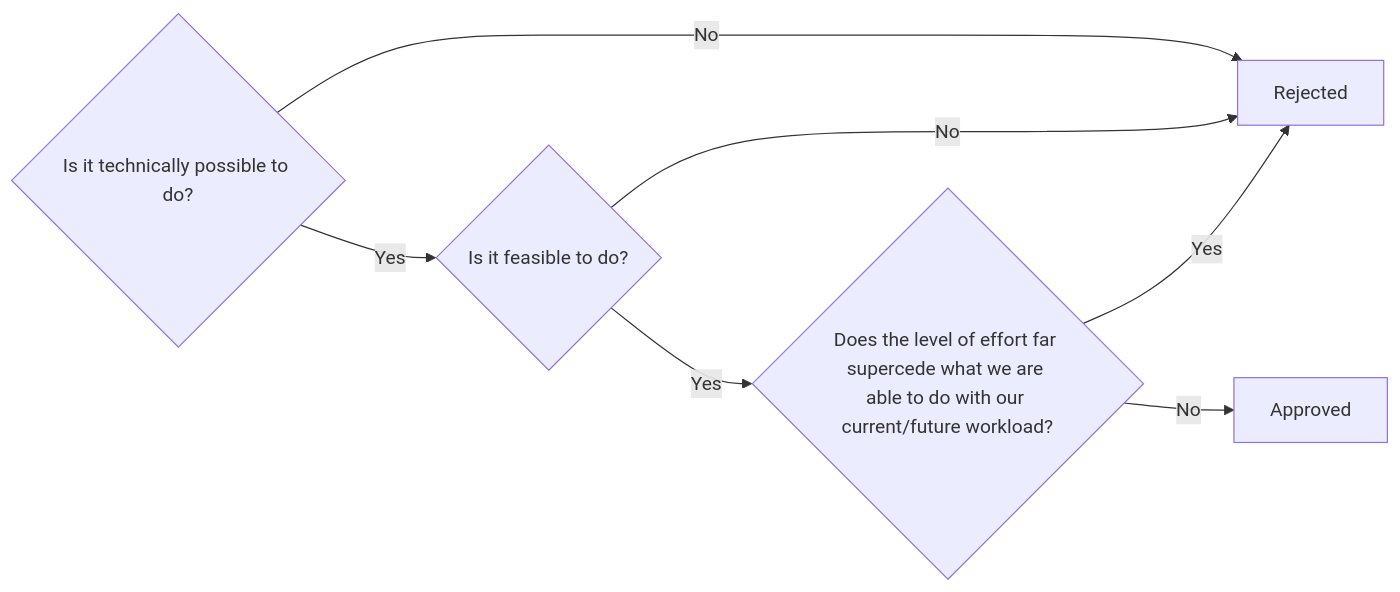
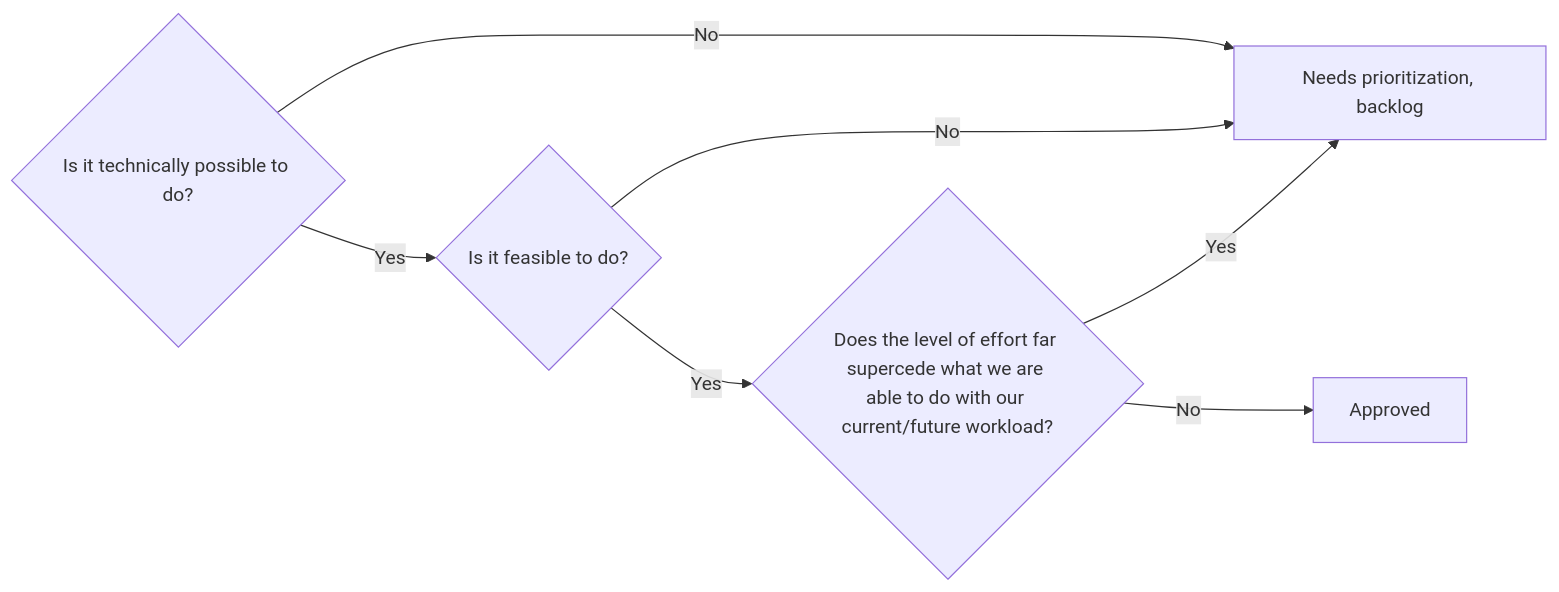
The second of 2 diagrams in content/handbook/security/customer-support-operations/_index.md (zalyoung/gitlab-handbook), drawn with Mermaid before and after one commit. The commit also changed other lines of this file, not shown here.

Commit message:
Updates issue flow

````diff
--- a/content/handbook/security/customer-support-operations/_index.md
+++ b/content/handbook/security/customer-support-operations/_index.md
@@ -73,14 +77,14 @@
 ```mermaid
 graph LR;
   A-->|No| D
   A-->|Yes| B
   B-->|No| D
   B-->|Yes| C
   C-->|No| E
   C-->|Yes| D
   A{Is it technically possible to do?}
   B{Is it feasible to do?}
   C{Does the level of effort far supercede what we are able to do with our current/future workload?}
-  D[Rejected]
+  D[Needs prioritization, backlog]
   E[Approved]
 ```
````
